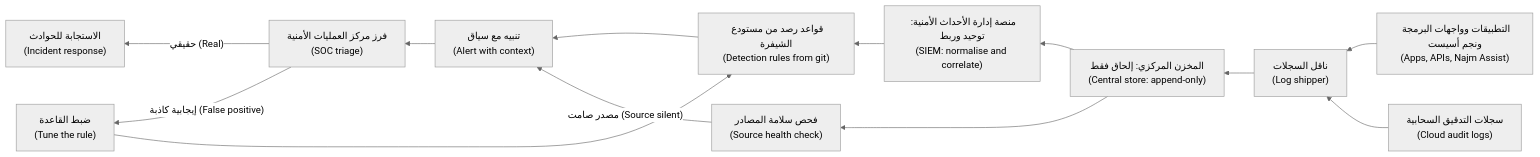
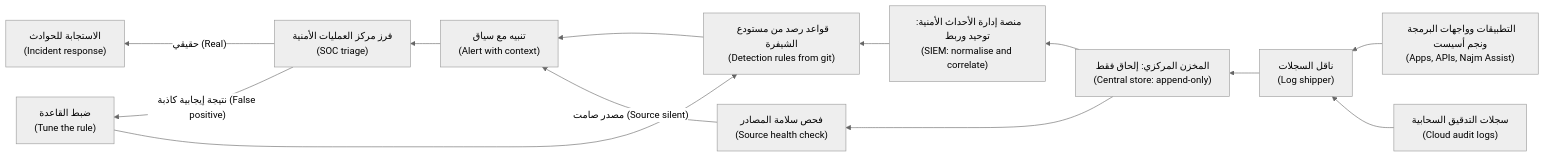
Before and after one commit to Tamoura/system-design-for-vibe-coders: the first of 3 diagrams in secai/modules/10-response.ar.md, drawn with Mermaid (neutral theme). The commit also changed other lines of this file and 551 other files, not shown here.

````diff
--- a/secai/modules/10-response.ar.md
+++ b/secai/modules/10-response.ar.md
@@ -73,15 +73,15 @@
 ```mermaid
 flowchart RL
     A["التطبيقات وواجهات البرمجة ونجم أسيست<br/>(Apps, APIs, Najm Assist)"] --> B["ناقل السجلات<br/>(Log shipper)"]
     K["سجلات التدقيق السحابية<br/>(Cloud audit logs)"] --> B
     B --> C["المخزن المركزي: إلحاق فقط<br/>(Central store: append-only)"]
     C --> D["منصة إدارة الأحداث الأمنية: توحيد وربط<br/>(SIEM: normalise and correlate)"]
     D --> E["قواعد رصد من مستودع الشيفرة<br/>(Detection rules from git)"]
     E --> F["تنبيه مع سياق<br/>(Alert with context)"]
     F --> G["فرز مركز العمليات الأمنية<br/>(SOC triage)"]
     G -->|"حقيقي (Real)"| H["الاستجابة للحوادث<br/>(Incident response)"]
-    G -->|"إيجابية كاذبة (False positive)"| I["ضبط القاعدة<br/>(Tune the rule)"]
+    G -->|"نتيجة إيجابية كاذبة (False positive)"| I["ضبط القاعدة<br/>(Tune the rule)"]
     I --> E
     C --> J["فحص سلامة المصادر<br/>(Source health check)"]
     J -->|"مصدر صامت (Source silent)"| F
 ```
````
